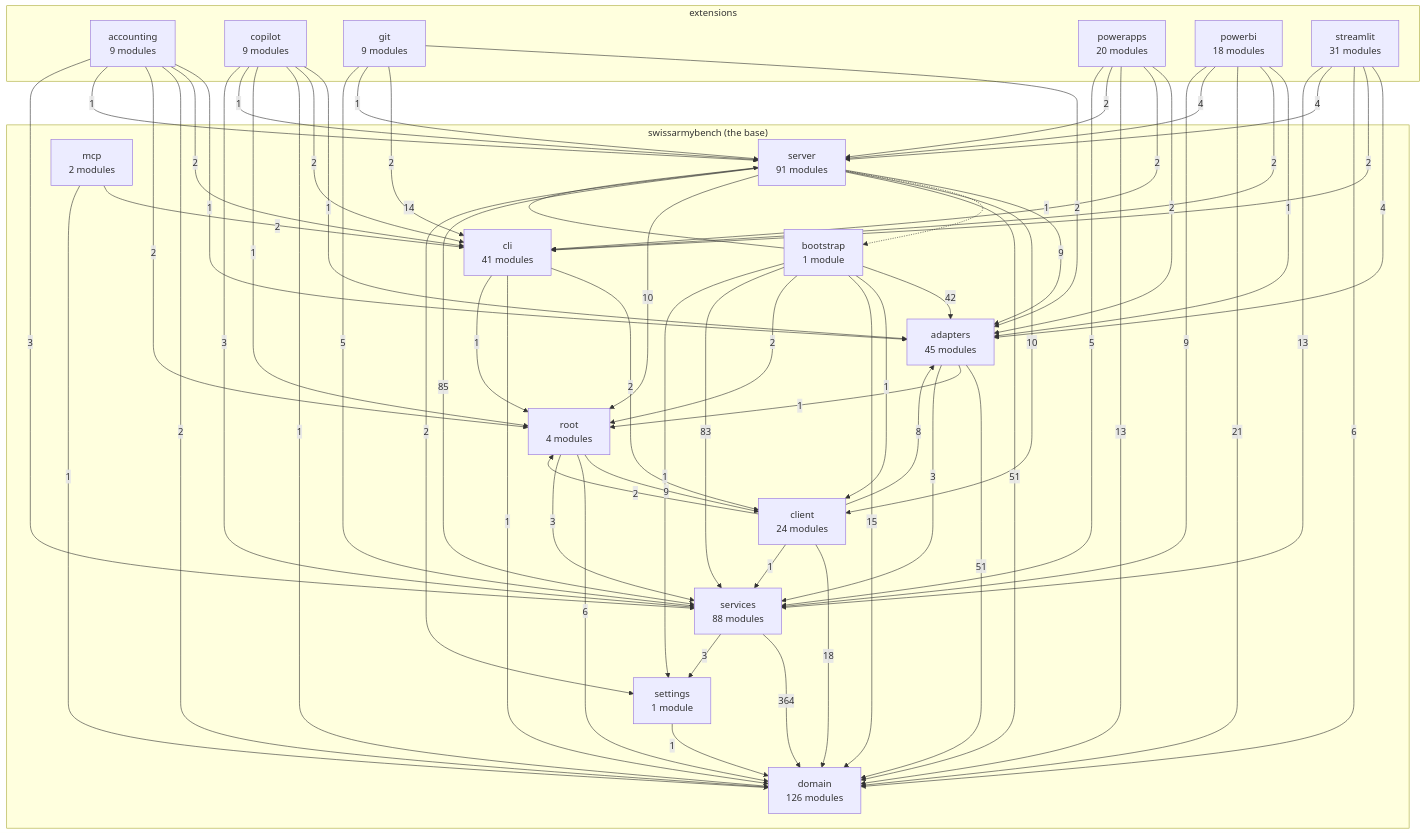
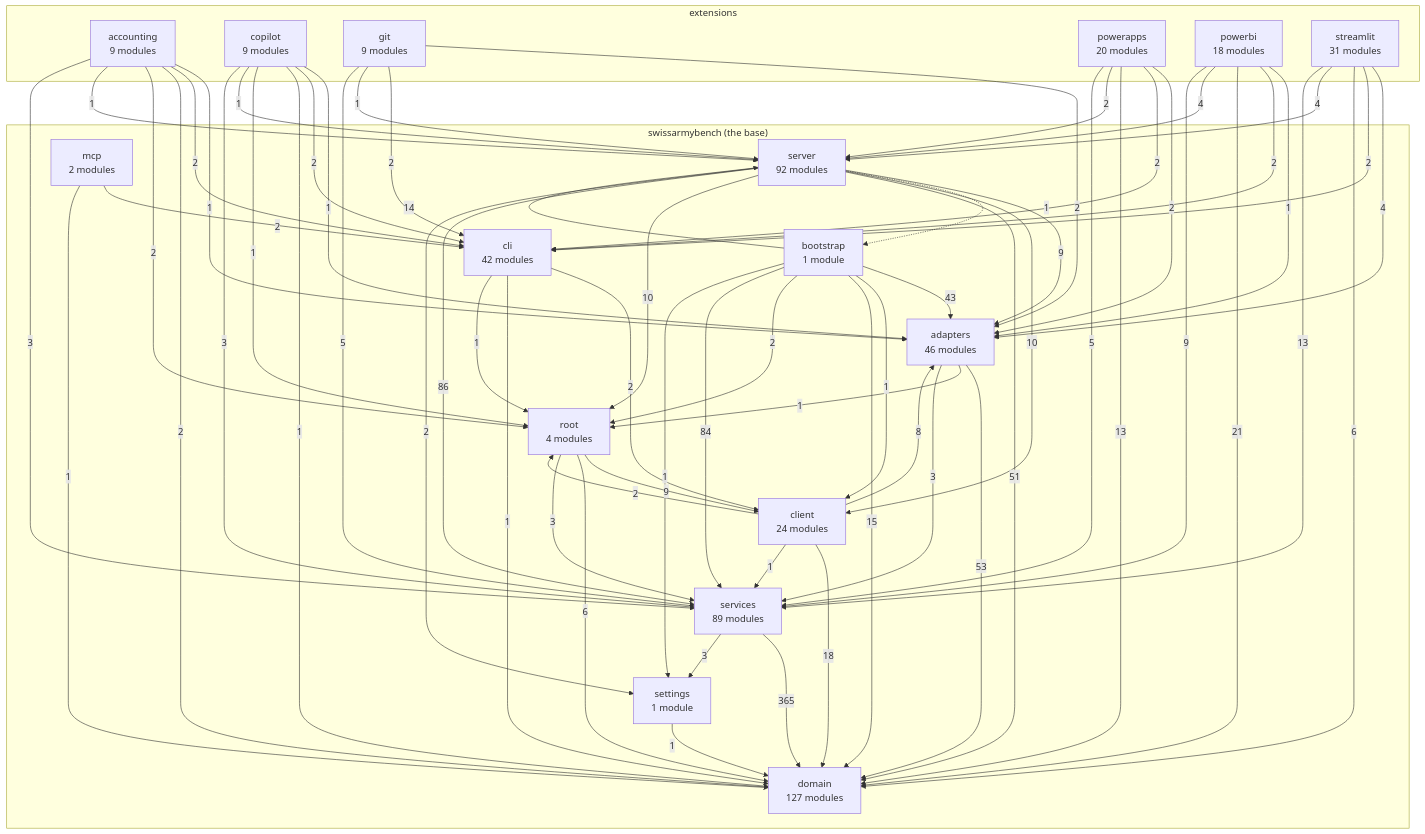
The diagram in docs/architecture-map.md (DylanCodyBrown/SwissArmyBench), drawn with Mermaid before and after one commit. The commit also changed other lines of this file and 4 other files, not shown here.

First line of the commit message:
The Collaboration panel's words: README, CLAUDE.md, the front end's README, the architecture map

````diff
--- a/docs/architecture-map.md
+++ b/docs/architecture-map.md
@@ -17,14 +17,14 @@
 ```mermaid
 flowchart TB
     subgraph base["swissarmybench (the base)"]
-        domain["domain<br/>126 modules"]
+        domain["domain<br/>127 modules"]
         settings["settings<br/>1 module"]
-        services["services<br/>88 modules"]
-        adapters["adapters<br/>45 modules"]
-        cli["cli<br/>41 modules"]
+        services["services<br/>89 modules"]
+        adapters["adapters<br/>46 modules"]
+        cli["cli<br/>42 modules"]
         client["client<br/>24 modules"]
         root["root<br/>4 modules"]
-        server["server<br/>91 modules"]
+        server["server<br/>92 modules"]
         bootstrap["bootstrap<br/>1 module"]
         mcp["mcp<br/>2 modules"]
     end
@@ -36,15 +36,15 @@
         ext_powerbi["powerbi<br/>18 modules"]
         ext_streamlit["streamlit<br/>31 modules"]
     end
-    adapters -->|51| domain
+    adapters -->|53| domain
     adapters -->|1| root
     adapters -->|3| services
-    bootstrap -->|42| adapters
+    bootstrap -->|43| adapters
     bootstrap -->|1| client
     bootstrap -->|15| domain
     bootstrap -->|2| root
     bootstrap -->|14| server
-    bootstrap -->|83| services
+    bootstrap -->|84| services
     bootstrap -->|1| settings
     cli -->|2| client
     cli -->|1| domain
@@ -94,9 +94,9 @@
     server -->|10| client
     server -->|51| domain
     server -->|10| root
-    server -->|85| services
+    server -->|86| services
     server -->|2| settings
-    services -->|364| domain
+    services -->|365| domain
     services -->|3| settings
     settings -->|1| domain
 ```
````
